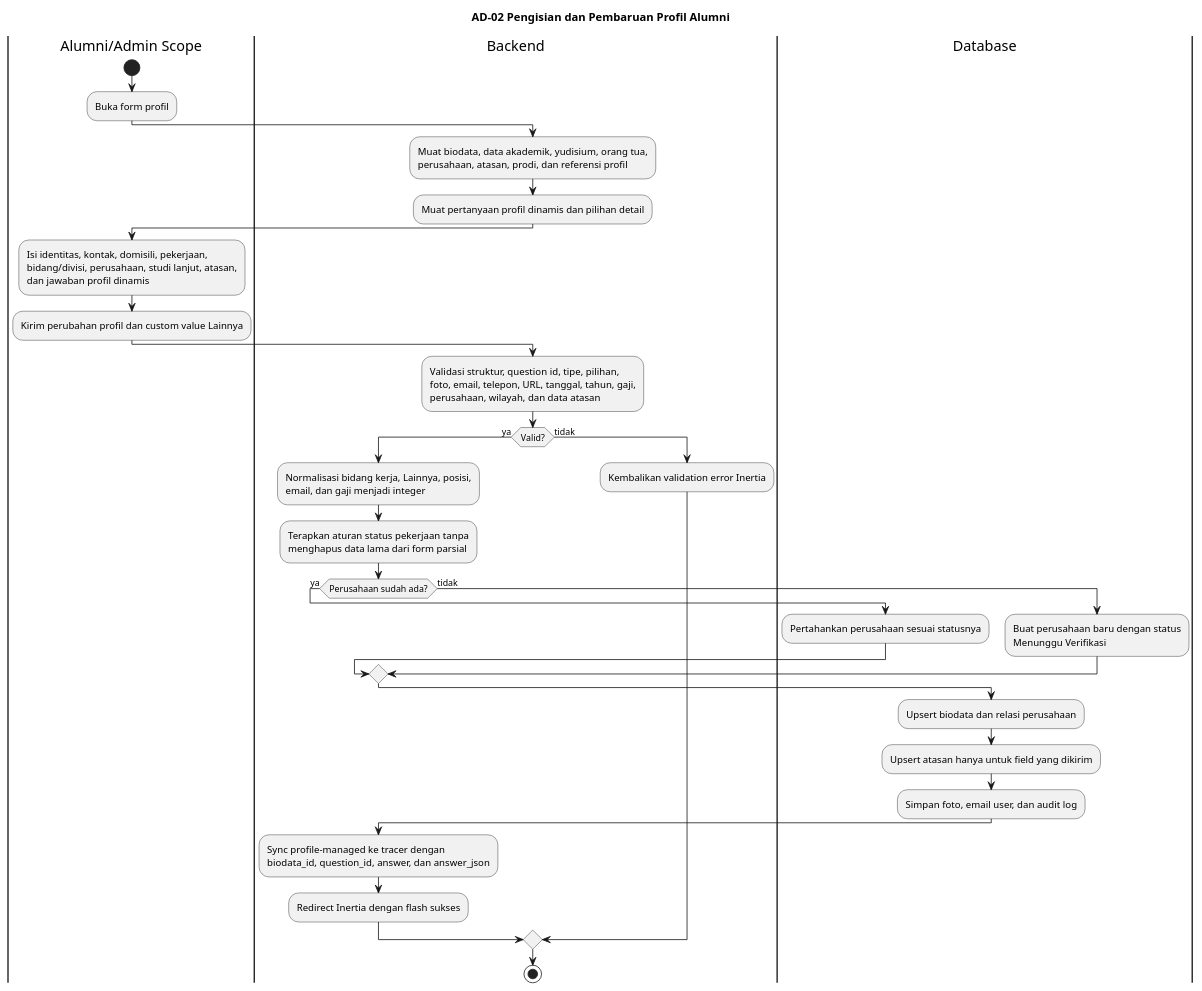
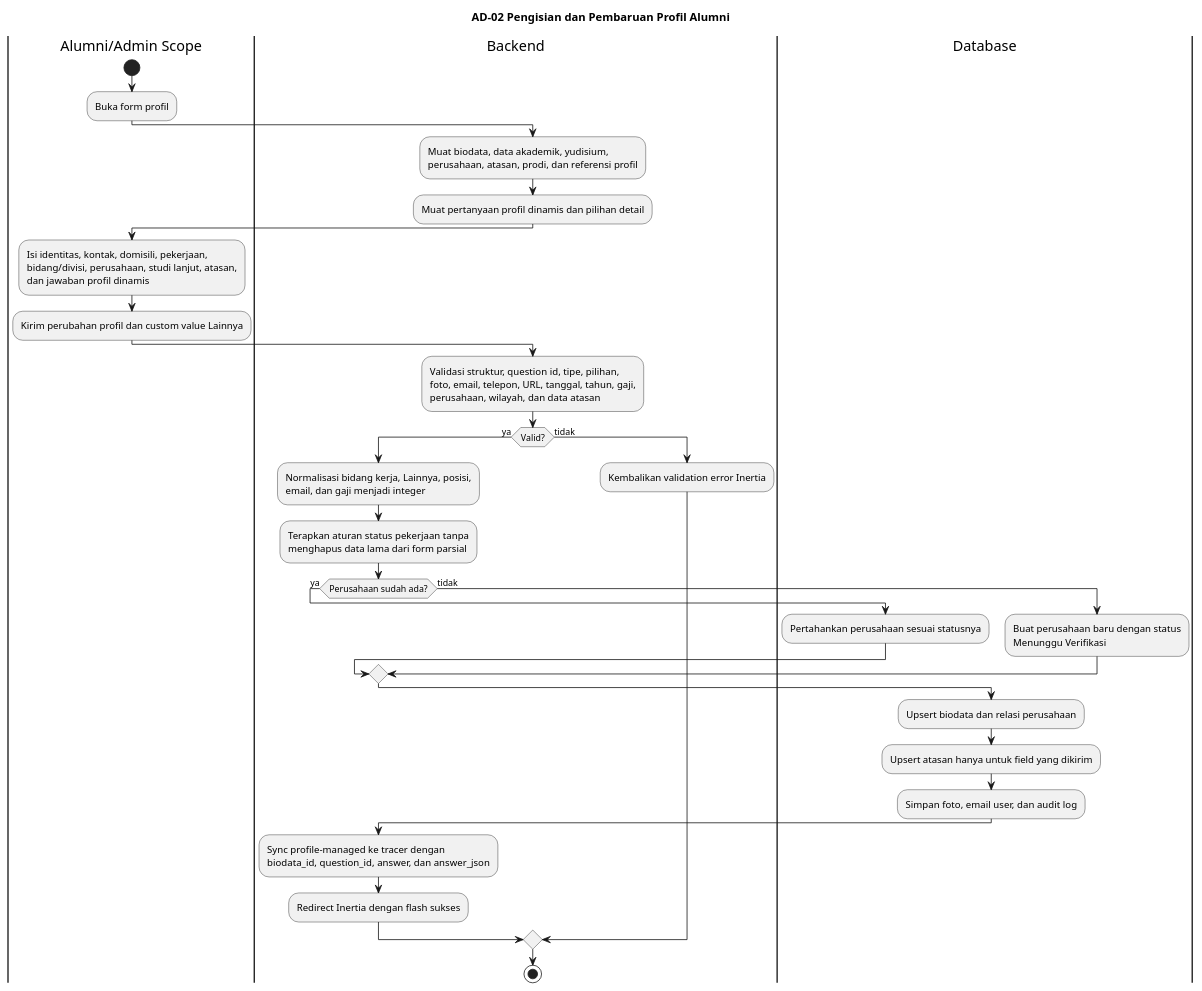
Before and after one commit to claraanjelitakd/tugas-akhir: the diagram in docs/uml/activity-diagrams/AD-02-profil-alumni.puml, drawn with PlantUML. The commit also changed 56 other files, not shown here.

Commit message:
Clean profile schema and synchronize documentation

```diff
--- a/docs/uml/activity-diagrams/AD-02-profil-alumni.puml
+++ b/docs/uml/activity-diagrams/AD-02-profil-alumni.puml
@@ -1,47 +1,47 @@
 @startuml
 title AD-02 Pengisian dan Pembaruan Profil Alumni
 
 |Alumni/Admin Scope|
 start
 :Buka form profil;
 
 |Backend|
-:Muat biodata, data akademik, yudisium, orang tua,
+:Muat biodata, data akademik, yudisium,
 perusahaan, atasan, prodi, dan referensi profil;
 :Muat pertanyaan profil dinamis dan pilihan detail;
 
 |Alumni/Admin Scope|
 :Isi identitas, kontak, domisili, pekerjaan,
 bidang/divisi, perusahaan, studi lanjut, atasan,
 dan jawaban profil dinamis;
 :Kirim perubahan profil dan custom value Lainnya;
 
 |Backend|
 :Validasi struktur, question id, tipe, pilihan,
 foto, email, telepon, URL, tanggal, tahun, gaji,
 perusahaan, wilayah, dan data atasan;
 if (Valid?) then (ya)
   :Normalisasi bidang kerja, Lainnya, posisi,
   email, dan gaji menjadi integer;
   :Terapkan aturan status pekerjaan tanpa
   menghapus data lama dari form parsial;
   if (Perusahaan sudah ada?) then (ya)
     |Database|
     :Pertahankan perusahaan sesuai statusnya;
   else (tidak)
     :Buat perusahaan baru dengan status
     Menunggu Verifikasi;
   endif
   |Database|
   :Upsert biodata dan relasi perusahaan;
   :Upsert atasan hanya untuk field yang dikirim;
   :Simpan foto, email user, dan audit log;
   |Backend|
   :Sync profile-managed ke tracer dengan
   biodata_id, question_id, answer, dan answer_json;
   :Redirect Inertia dengan flash sukses;
 else (tidak)
   :Kembalikan validation error Inertia;
 endif
 stop
 @enduml
```
